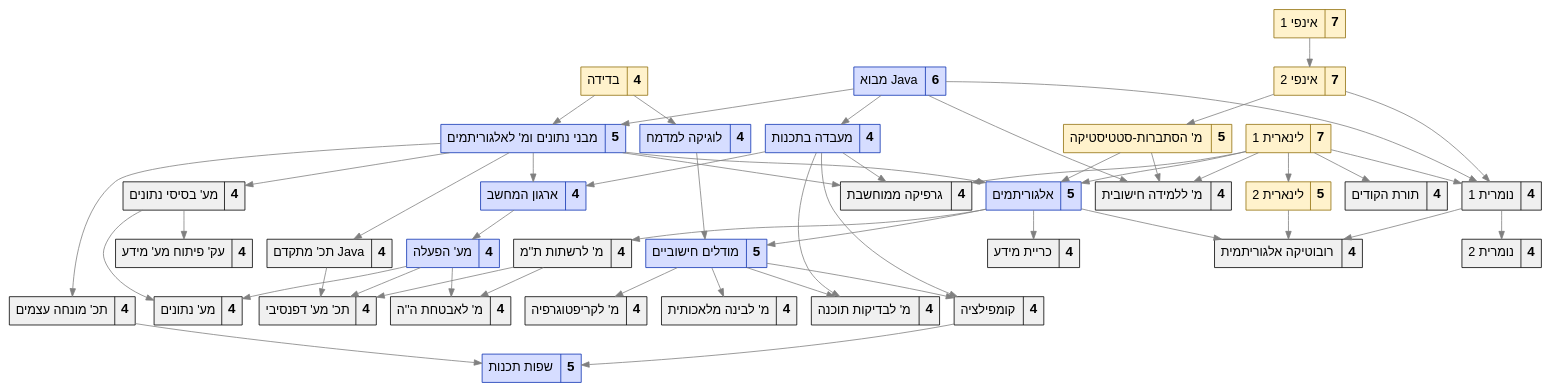
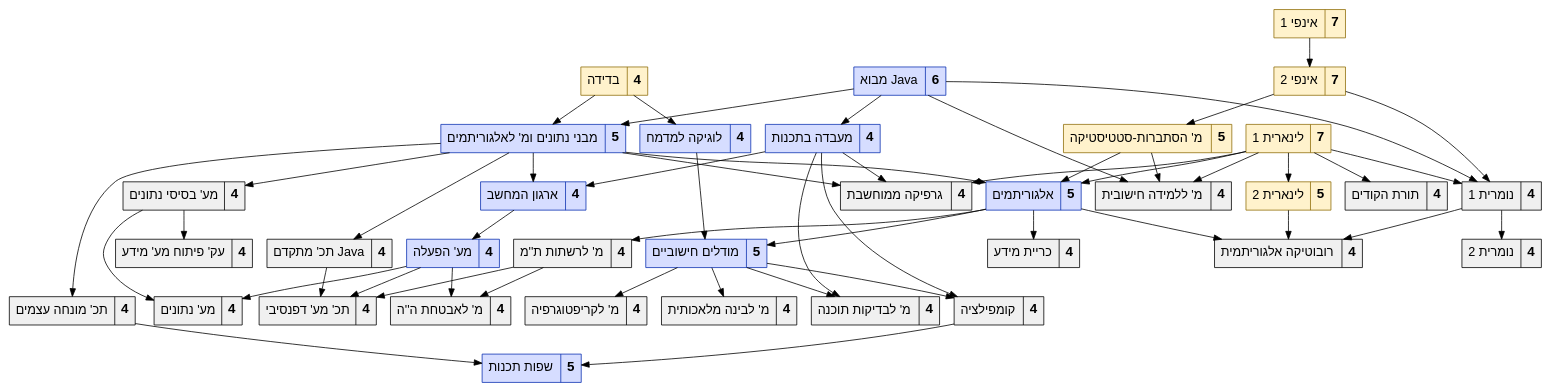
Before and after one commit to adielBm/cs-course-dependencies: the diagram in diagram.dot, drawn with Graphviz. The commit also changed 4 other files, not shown here.

```diff
--- a/diagram.dot
+++ b/diagram.dot
@@ -1,98 +1,98 @@
 digraph CS_Course_Dependencies {
     rankdir=TD;
     node [shape=box, style="filled",fontname="Arial" , fontsize=16];
-    edge [color="gray", penwidth=1];
+    edge [color="black", penwidth=1];
 
     // Math courses
     node [fillcolor="#FFF2CC", color="#916f0c", shape=record];
     "20476" [tooltip="20476" label=<בדידה| <font POINT-SIZE="17"><b>4</b></font>>, URL="https://www.openu.ac.il/courses/20476.htm"];
     "20474" [tooltip="20474" label=<אינפי 1| <font POINT-SIZE="17"><b>7</b></font>>, URL="https://www.openu.ac.il/courses/20474.htm"];
     "20475" [tooltip="20475" label=<אינפי 2| <font POINT-SIZE="17"><b>7</b></font>>, URL="https://www.openu.ac.il/courses/20475.htm"];
     "20109" [tooltip="20109" label=<לינארית 1| <font POINT-SIZE="17"><b>7</b></font>>, URL="https://www.openu.ac.il/courses/20109.htm"];
     "20229" [tooltip="20229" label=<לינארית 2| <font POINT-SIZE="17"><b>5</b></font>>, URL="https://www.openu.ac.il/courses/20229.htm"];
     "20425" [tooltip="20425" label=<מ' הסתברות-סטטיסטיקה| <font POINT-SIZE="17"><b>5</b></font>>, URL="https://www.openu.ac.il/courses/20425.htm"];
 
     // Cs courses
     node [fillcolor="#d6ddff", color="#0D32B2", shape=record];
     "20407" [tooltip="20407" label=<מבני נתונים ומ' לאלגוריתמים| <font POINT-SIZE="17"><b>5</b></font>>, URL="https://www.openu.ac.il/courses/20407.htm"];
     "20905" [tooltip="20905" label=<שפות תכנות| <font POINT-SIZE="17"><b>5</b></font>>, URL="https://www.openu.ac.il/courses/20905.htm"];
     "20471" [tooltip="20471" label=<ארגון המחשב| <font POINT-SIZE="17"><b>4</b></font>>, URL="https://www.openu.ac.il/courses/20471.htm"];
     "20441" [tooltip="20441" label=<מבוא Java| <font POINT-SIZE="17"><b>6</b></font>>, URL="https://www.openu.ac.il/courses/20441.htm"];
     "20465" [tooltip="20465" label=<מעבדה בתכנות| <font POINT-SIZE="17"><b>4</b></font>>, URL="https://www.openu.ac.il/courses/20465.htm"];
     "20417" [tooltip="20417" label=<אלגוריתמים| <font POINT-SIZE="17"><b>5</b></font>>, URL="https://www.openu.ac.il/courses/20417.htm"];
     "20604" [tooltip="20604" label=<מודלים חישוביים| <font POINT-SIZE="17"><b>5</b></font>>, URL="https://www.openu.ac.il/courses/20604.htm"];
     "20466" [tooltip="20466" label=<לוגיקה למדמח| <font POINT-SIZE="17"><b>4</b></font>>, URL="https://www.openu.ac.il/courses/20466.htm"];
     "20594" [tooltip="20594" label=<מע' הפעלה| <font POINT-SIZE="17"><b>4</b></font>>, URL="https://www.openu.ac.il/courses/20594.htm"];
 
     // Elective courses
     node [fillcolor="#f0f0f0", color="black", shape=record];
     "20940" [tooltip="20940" label=<מ' לאבטחת ה''ה| <font POINT-SIZE="17"><b>4</b></font>>, URL="https://www.openu.ac.il/courses/20940.htm"];
     "20595" [tooltip="20595" label=<כריית מידע| <font POINT-SIZE="17"><b>4</b></font>>, URL="https://www.openu.ac.il/courses/20595.htm"];
     "20946" [tooltip="20946" label=<מ' לבדיקות תוכנה| <font POINT-SIZE="17"><b>4</b></font>>, URL="https://www.openu.ac.il/courses/20946.htm"];
     "20296" [tooltip="20296" label=<תורת הקודים| <font POINT-SIZE="17"><b>4</b></font>>, URL="https://www.openu.ac.il/courses/20296.htm"];
     "20551" [tooltip="20551" label=<מ' לבינה מלאכותית| <font POINT-SIZE="17"><b>4</b></font>>, URL="https://www.openu.ac.il/courses/20551.htm"];
     "20942" [tooltip="20942" label=<מ' ללמידה חישובית| <font POINT-SIZE="17"><b>4</b></font>>, URL="https://www.openu.ac.il/courses/20942.htm"];
     "20277" [tooltip="20277" label=<מע' בסיסי נתונים| <font POINT-SIZE="17"><b>4</b></font>>, URL="https://www.openu.ac.il/courses/20277.htm"];
     "20582" [tooltip="20582" label=<מ' לרשתות ת''מ| <font POINT-SIZE="17"><b>4</b></font>>, URL="https://www.openu.ac.il/courses/20582.htm"];
     "20944" [tooltip="20944" label=<רובוטיקה אלגוריתמית| <font POINT-SIZE="17"><b>4</b></font>>, URL="https://www.openu.ac.il/courses/20944.htm"];
     "20554" [tooltip="20554" label=<תכ' מתקדם Java| <font POINT-SIZE="17"><b>4</b></font>>, URL="https://www.openu.ac.il/courses/20554.htm"];
     "20462" [tooltip="20462" label=<נומרית 1| <font POINT-SIZE="17"><b>4</b></font>>, URL="https://www.openu.ac.il/courses/20462.htm"];
     "20900" [tooltip="20900" label=<נומרית 2| <font POINT-SIZE="17"><b>4</b></font>>, URL="https://www.openu.ac.il/courses/20900.htm"];
     "20937" [tooltip="20937" label=<תכ' מע' דפנסיבי| <font POINT-SIZE="17"><b>4</b></font>>, URL="https://www.openu.ac.il/courses/20937.htm"];
     "20562" [tooltip="20562" label=<גרפיקה ממוחשבת| <font POINT-SIZE="17"><b>4</b></font>>, URL="https://www.openu.ac.il/courses/20562.htm"];
     "20580" [tooltip="20580" label=<מ' לקריפטוגרפיה| <font POINT-SIZE="17"><b>4</b></font>>, URL="https://www.openu.ac.il/courses/20580.htm"];
     "20436" [tooltip="20436" label=<עק' פיתוח מע' מידע| <font POINT-SIZE="17"><b>4</b></font>>, URL="https://www.openu.ac.il/courses/20436.htm"];
     "20906" [tooltip="20906" label=<תכ' מונחה עצמים| <font POINT-SIZE="17"><b>4</b></font>>, URL="https://www.openu.ac.il/courses/20906.htm"];
     "20364" [tooltip="20364" label=<קומפילציה| <font POINT-SIZE="17"><b>4</b></font>>, URL="https://www.openu.ac.il/courses/20364.htm"];
     "20574" [tooltip="20574" label=<מע' נתונים| <font POINT-SIZE="17"><b>4</b></font>>, URL="https://www.openu.ac.il/courses/20574.htm"];
     "20441" -> "20407";
     "20465" -> "20471";
     "20441" -> "20465";
     "20594" -> "20940";
     "20474" -> "20475";
     "20475" -> "20425";
     "20466" -> "20604";
     "20476" -> "20466";
     "20407" -> "20277";
     "20109" -> "20942";
     "20441" -> "20942";
     "20471" -> "20594";
     "20109" -> "20296";
     "20109" -> "20229";
     "20425" -> "20417";
     "20109" -> "20417";
     "20407" -> "20417";
     "20417" -> "20604";
     "20417" -> "20595";
     "20582" -> "20940";
     "20604" -> "20551";
     "20417" -> "20582";
     "20476" -> "20407";
     "20465" -> "20946";
     "20465" -> "20364";
     "20407" -> "20471";
     "20604" -> "20946";
     "20417" -> "20944";
     "20277" -> "20436";
     "20594" -> "20574";
     "20441" -> "20462";
     "20475" -> "20462";
     "20109" -> "20462";
     "20407" -> "20554";
     "20594" -> "20937";
     "20582" -> "20937";
     "20109" -> "20562";
     "20465" -> "20562";
     "20407" -> "20562";
     "20604" -> "20580";
     "20554" -> "20937";
     "20407" -> "20906";
     "20604" -> "20364";
     "20277" -> "20574";
     "20425" -> "20942";
     "20462" -> "20900";
     "20462" -> "20944";
     "20906" -> "20905";
     "20364" -> "20905";
     "20229" -> "20944";
 }
```
